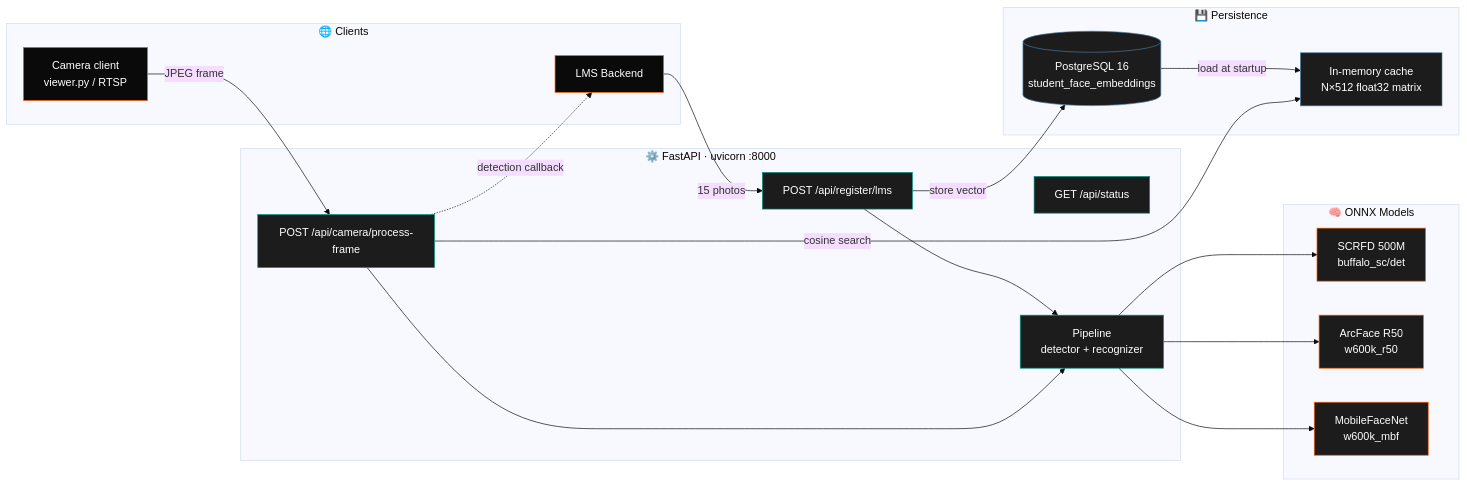
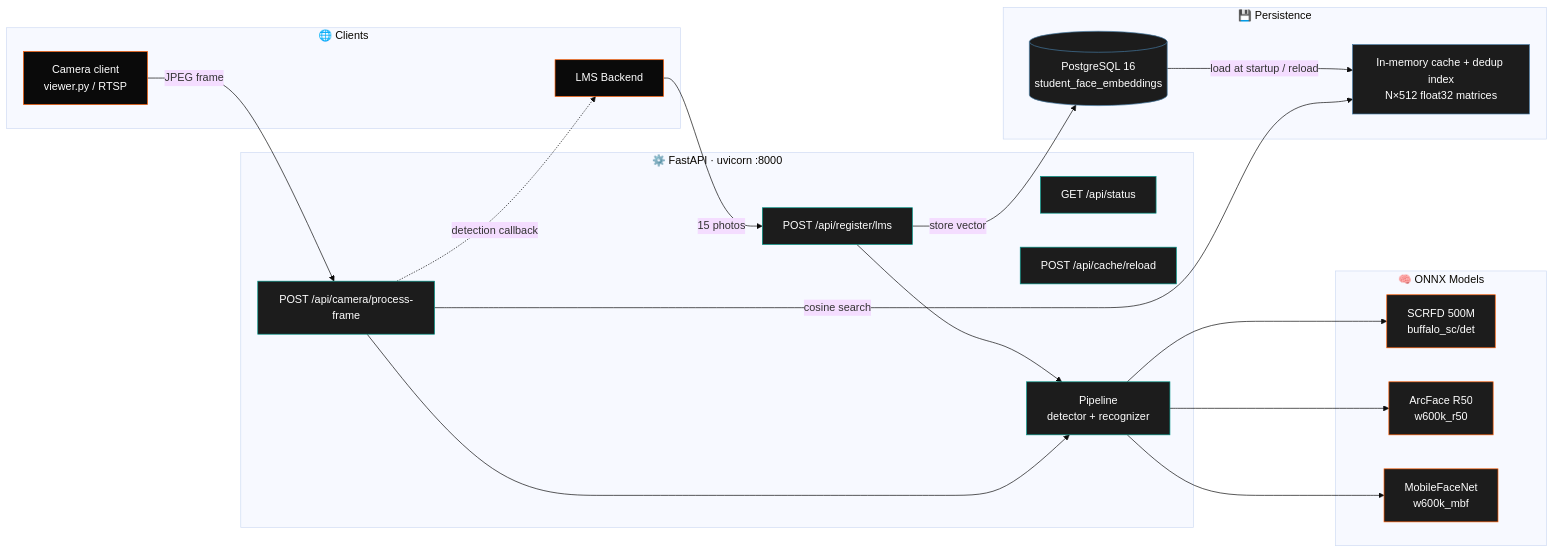
The first of 4 diagrams in README.md (AI-SATA-Technologies/AI-Pipeline-Engineer), drawn with Mermaid (base theme) before and after one commit. The commit also changed other lines of this file and 23 other files, not shown here.

````diff
--- a/README.md
+++ b/README.md
@@ -86,46 +89,47 @@
 ```mermaid
 flowchart LR
     subgraph CLIENTS["🌐  Clients"]
         LMS_C[LMS Backend]
         CAM[Camera client<br/>viewer.py / RTSP]
     end
 
     subgraph SERVER["⚙️  FastAPI · uvicorn :8000"]
         REG[POST /api/register/lms]
         FRAME[POST /api/camera/process-frame]
         STAT[GET /api/status]
+        RELOAD[POST /api/cache/reload]
         PIPE[Pipeline<br/>detector + recognizer]
     end
 
     subgraph MODELS["🧠  ONNX Models"]
         DET[SCRFD 500M<br/>buffalo_sc/det]
         REC_H[ArcFace R50<br/>w600k_r50]
         REC_L[MobileFaceNet<br/>w600k_mbf]
     end
 
     subgraph STORE["💾  Persistence"]
         PG[(PostgreSQL 16<br/>student_face_embeddings)]
-        CACHE[In-memory cache<br/>N×512 float32 matrix]
+        CACHE[In-memory cache + dedup index<br/>N×512 float32 matrices]
     end
 
     LMS_C -->|15 photos| REG
     CAM   -->|JPEG frame| FRAME
     REG --> PIPE
     FRAME --> PIPE
     PIPE --> DET
     PIPE --> REC_H
     PIPE --> REC_L
     REG -->|store vector| PG
-    PG -->|load at startup| CACHE
+    PG -->|load at startup / reload| CACHE
     FRAME -->|cosine search| CACHE
     FRAME -.->|detection callback| LMS_C
 
     classDef client fill:#0a0a0a,stroke:#ff5c00,color:#fff
     classDef server fill:#1c1c1c,stroke:#009688,color:#fff
     classDef model  fill:#1c1c1c,stroke:#ff5c00,color:#fff
     classDef store  fill:#1c1c1c,stroke:#4479a1,color:#fff
     class LMS_C,CAM client
-    class REG,FRAME,STAT,PIPE server
+    class REG,FRAME,STAT,RELOAD,PIPE server
     class DET,REC_H,REC_L model
     class PG,CACHE store
 ```
````
